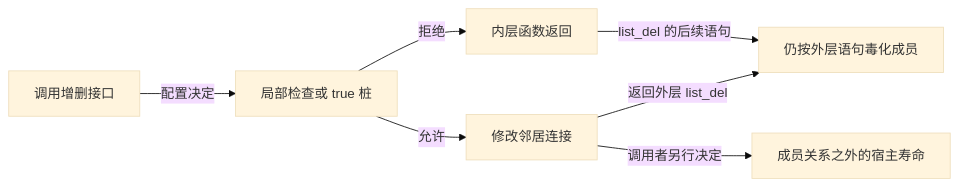
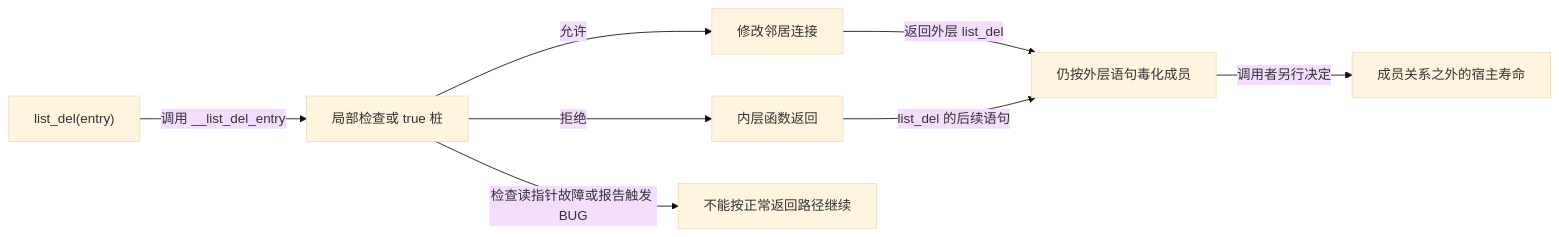
The diagram in research/source_reading/linked_list/navigation/P02_拓扑修改与发布边界导读.md (FormingSystem/linux_note), drawn with Mermaid (base theme) before and after one commit. The commit also changed other lines of this file and 13 other files, not shown here.

````diff
--- a/research/source_reading/linked_list/navigation/P02_拓扑修改与发布边界导读.md
+++ b/research/source_reading/linked_list/navigation/P02_拓扑修改与发布边界导读.md
@@ -33,9 +37,10 @@
 ```mermaid
 flowchart LR
-    call["调用增删接口"] -->|"配置决定"| check["局部检查或 true 桩"]
+    call["list_del(entry)"] -->|"调用 __list_del_entry"| check["局部检查或 true 桩"]
     check -->|"允许"| mutate["修改邻居连接"]
     check -->|"拒绝"| skip["内层函数返回"]
     mutate -->|"返回外层 list_del"| poison["仍按外层语句毒化成员"]
     skip -->|"list_del 的后续语句"| poison
-    mutate -->|"调用者另行决定"| life["成员关系之外的宿主寿命"]
+    check -->|"检查读指针故障或报告触发 BUG"| stop["不能按正常返回路径继续"]
+    poison -->|"调用者另行决定"| life["成员关系之外的宿主寿命"]
 ```
````
